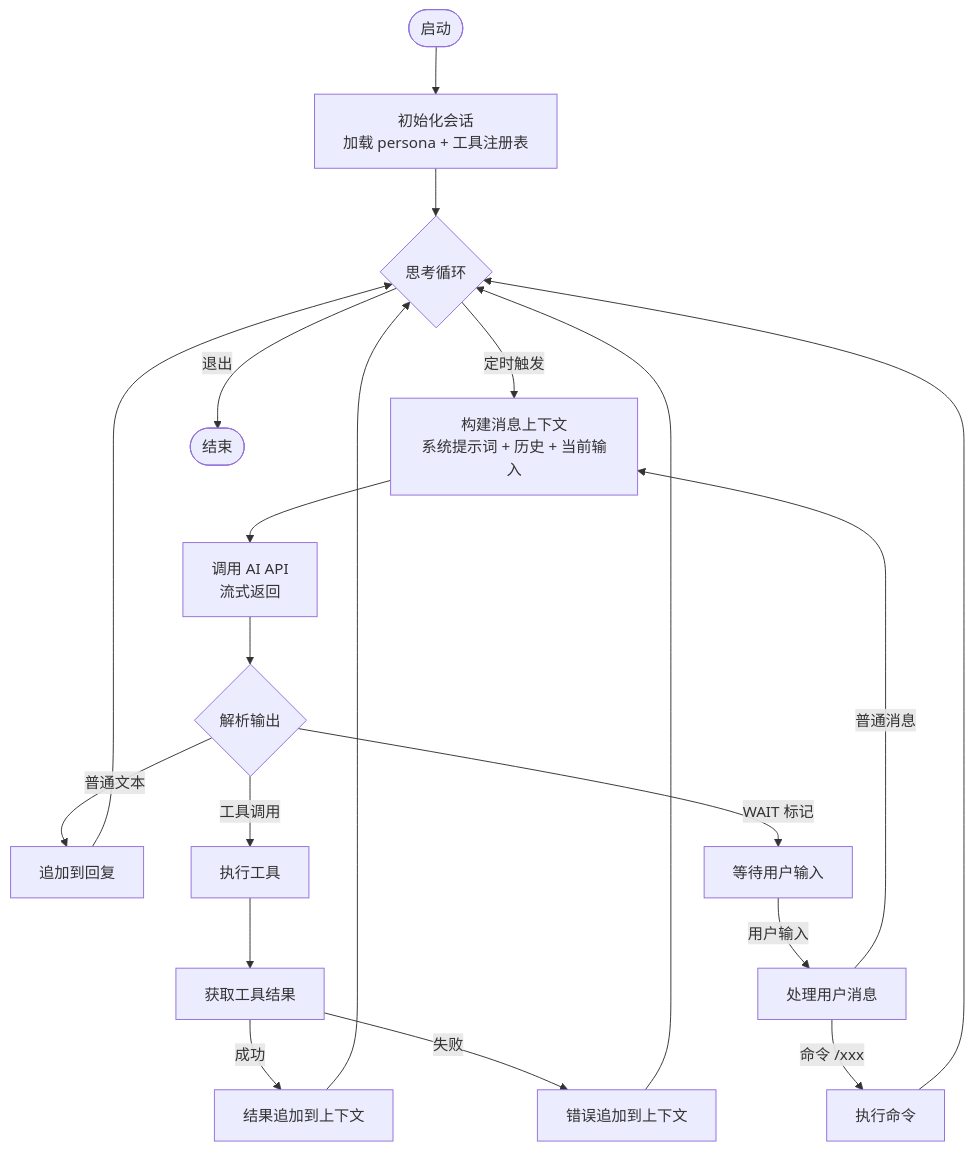
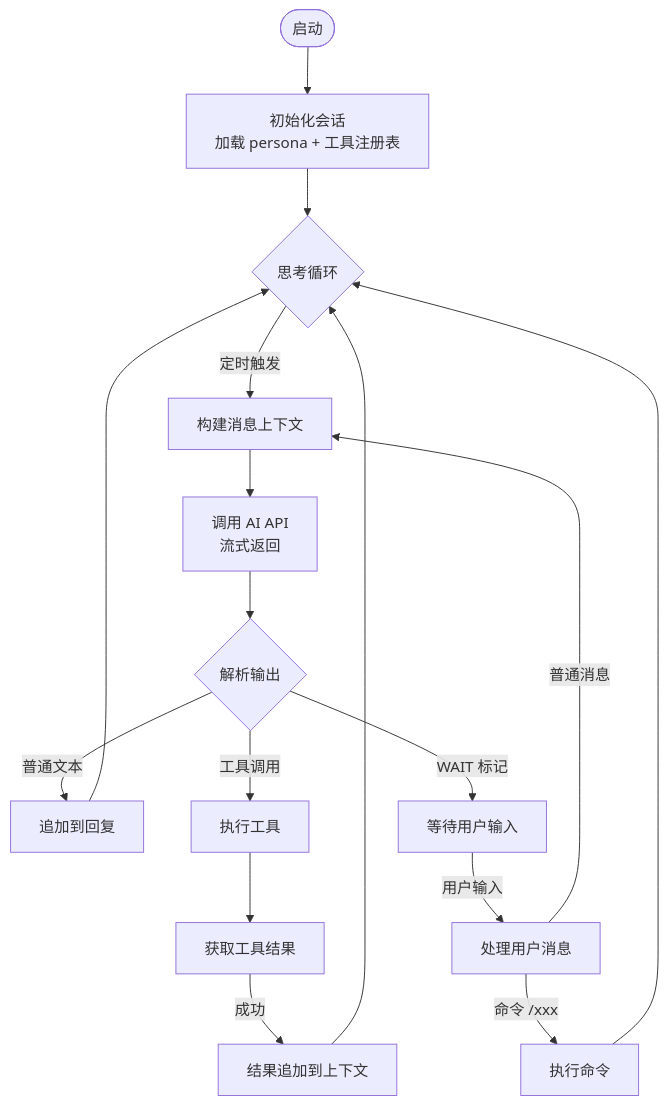
Before and after one commit to 1486853830/CogitoAgent: the second of 5 diagrams in README.md, drawn with Mermaid. The commit also changed other lines of this file, not shown here.

````diff
--- a/README.md
+++ b/README.md
@@ -57,27 +622,23 @@
 ```mermaid
 flowchart TD
     START([启动]) --> INIT[初始化会话<br/>加载 persona + 工具注册表]
     INIT --> LOOP{思考循环}
     
-    LOOP -->|定时触发| BUILD[构建消息上下文<br/>系统提示词 + 历史 + 当前输入]
+    LOOP -->|定时触发| BUILD[构建消息上下文]
     BUILD --> CALL[调用 AI API<br/>流式返回]
     CALL --> PARSE{解析输出}
     
     PARSE -->|普通文本| APPEND[追加到回复]
     PARSE -->|工具调用| EXEC[执行工具]
     PARSE -->|WAIT 标记| WAIT[等待用户输入]
     
     APPEND --> LOOP
     EXEC --> RESULT[获取工具结果]
     RESULT -->|成功| APPEND_RESULT[结果追加到上下文]
-    RESULT -->|失败| APPEND_ERROR[错误追加到上下文]
     APPEND_RESULT --> LOOP
-    APPEND_ERROR --> LOOP
     
     WAIT -->|用户输入| HANDLE[处理用户消息]
     HANDLE -->|普通消息| BUILD
     HANDLE -->|命令 /xxx| CMD[执行命令]
     CMD --> LOOP
-    
-    LOOP -->|退出| DONE([结束])
 ```
````
